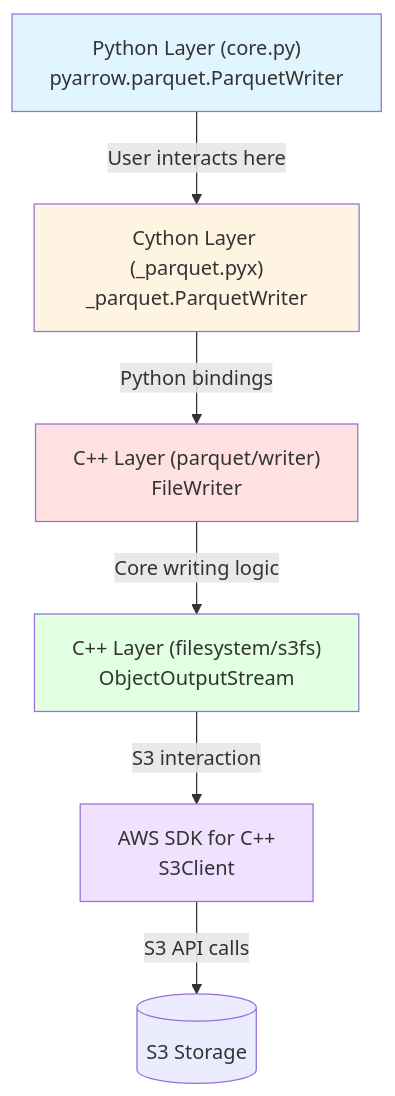
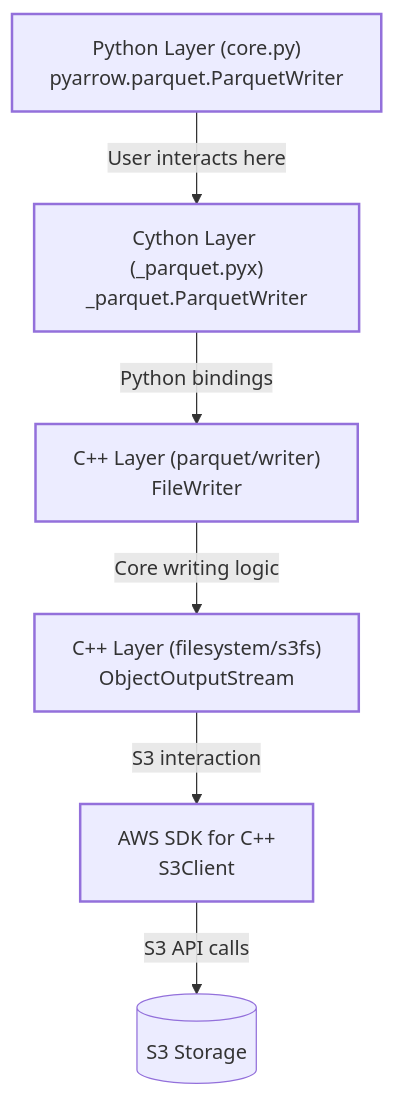
Before and after one commit to nferreira/pyarrow-example-to-handle-bronze-data: the first of 6 diagrams in docs/parquet-writer-s3-output-stream.md, drawn with Mermaid. The commit also changed other lines of this file, not shown here.

Commit message:
Refactor flowchart styles in parquet-writer-s3-output-stream documentation for improved clarity and consistency. Updated class definitions for various operations and removed inline styles.

````diff
--- a/docs/parquet-writer-s3-output-stream.md
+++ b/docs/parquet-writer-s3-output-stream.md
@@ -24,20 +24,17 @@
 ```mermaid
 flowchart TD
     A["Python Layer (core.py)<br/>pyarrow.parquet.ParquetWriter"]
     B["Cython Layer (_parquet.pyx)<br/>_parquet.ParquetWriter"]
     C["C++ Layer (parquet/writer)<br/>FileWriter"]
     D["C++ Layer (filesystem/s3fs)<br/>ObjectOutputStream"]
     E["AWS SDK for C++<br/>S3Client"]
     
     A -->|User interacts here| B
     B -->|Python bindings| C
     C -->|Core writing logic| D
     D -->|S3 interaction| E
     E -->|S3 API calls| S3[(S3 Storage)]
     
-    style A fill:#e1f5ff
-    style B fill:#fff4e1
-    style C fill:#ffe1e1
-    style D fill:#e1ffe1
-    style E fill:#f0e1ff
+    classDef layerStyle stroke-width:2px
+    class A,B,C,D,E layerStyle
 ```
````
